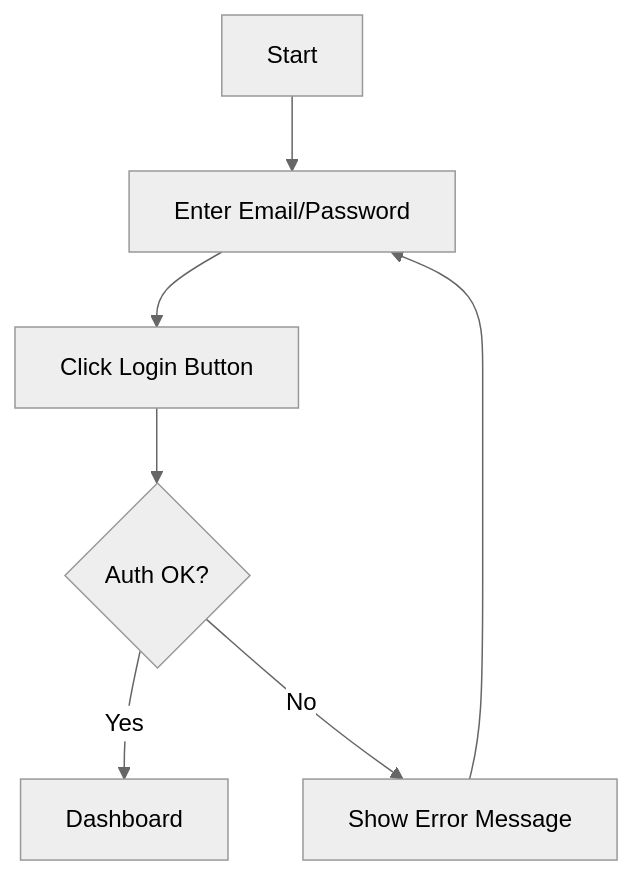
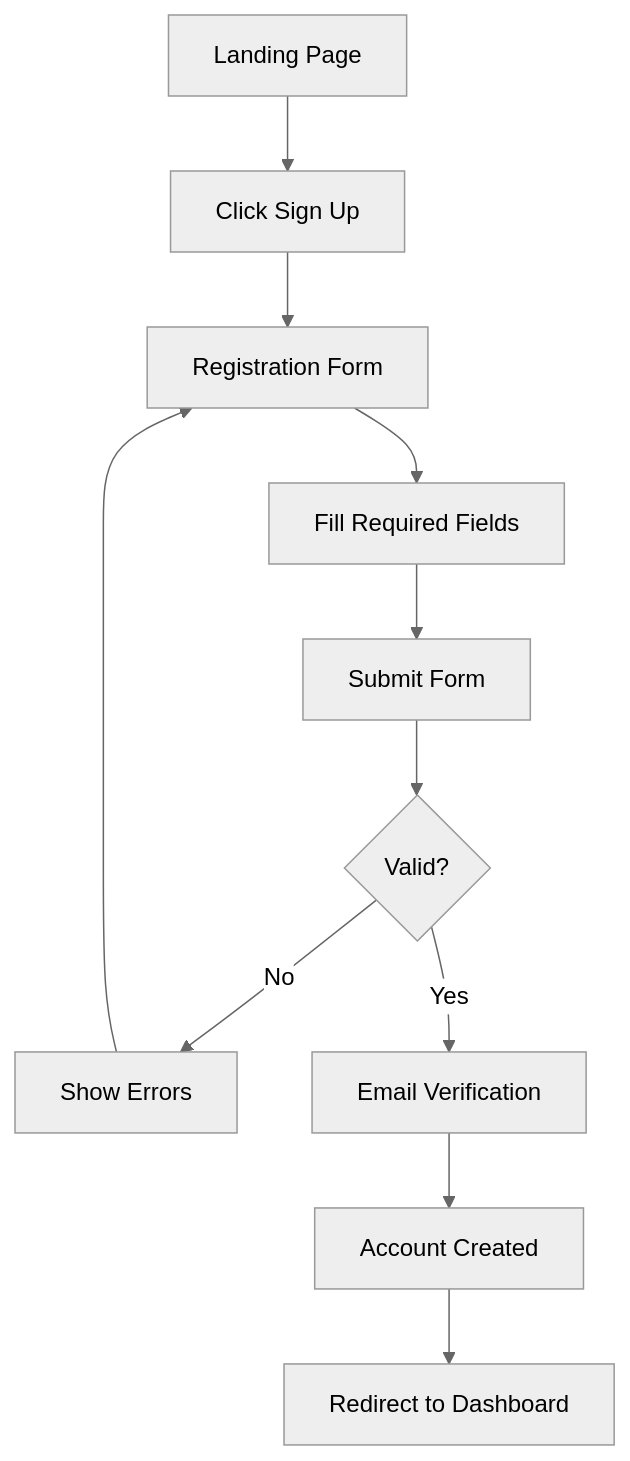
The fourth of 4 diagrams in bmad-core/templates/front-end-spec-tmpl.md (zsutxz/BMAD-METHOD), drawn with Mermaid (neutral theme) before and after one commit. The commit also changed other lines of this file and 22 other files, not shown here.

````diff
--- a/bmad-core/templates/front-end-spec-tmpl.md
+++ b/bmad-core/templates/front-end-spec-tmpl.md
@@ -39,10 +141,13 @@
-  ```mermaid
-
-  graph TD
-      Start --> EnterCredentials[Enter Email/Password];
-      EnterCredentials --> ClickLogin[Click Login Button];
-      ClickLogin --> CheckAuth{Auth OK?};
-      CheckAuth -- Yes --> Dashboard;
-      CheckAuth -- No --> ShowError[Show Error Message];
-      ShowError --> EnterCredentials;
-  ```
+```mermaid
+graph TD
+    Start[Landing Page] --> Click[Click Sign Up]
+    Click --> Form[Registration Form]
+    Form --> Fill[Fill Required Fields]
+    Fill --> Submit[Submit Form]
+    Submit --> Validate{Valid?}
+    Validate -->|No| Error[Show Errors]
+    Error --> Form
+    Validate -->|Yes| Verify[Email Verification]
+    Verify --> Complete[Account Created]
+    Complete --> Dashboard[Redirect to Dashboard]
+```
````
